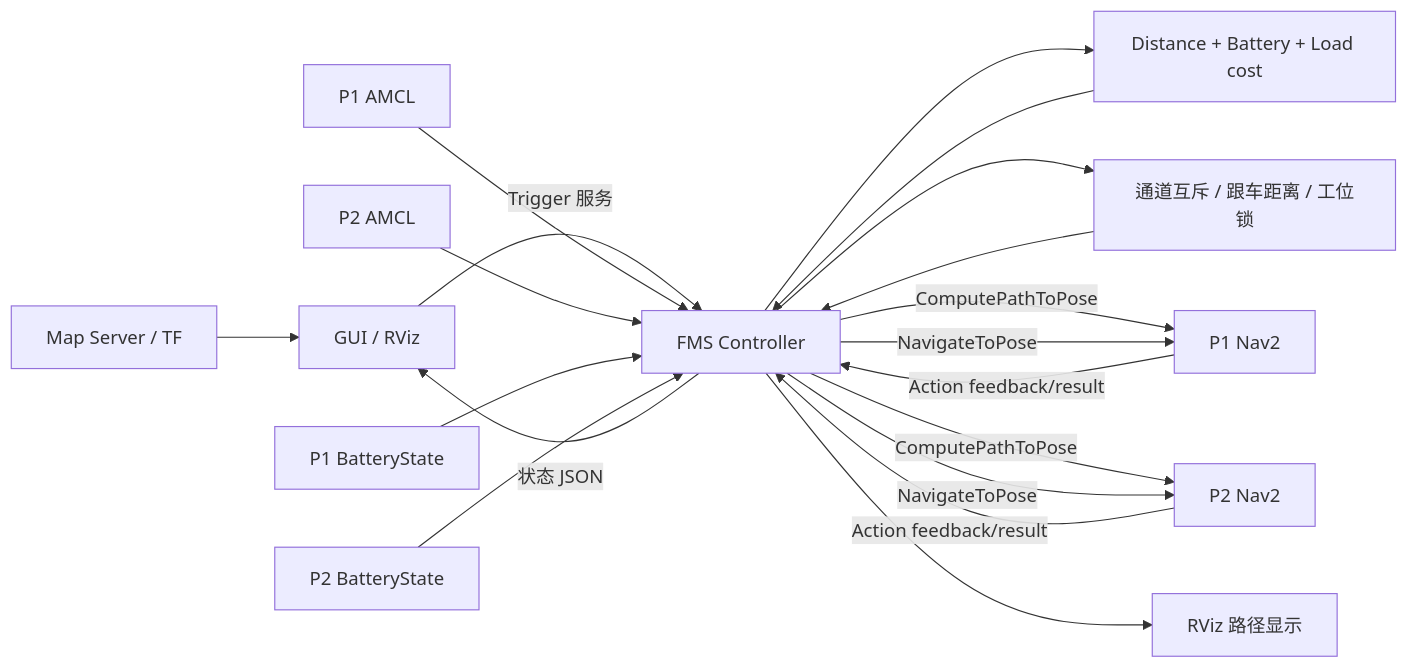
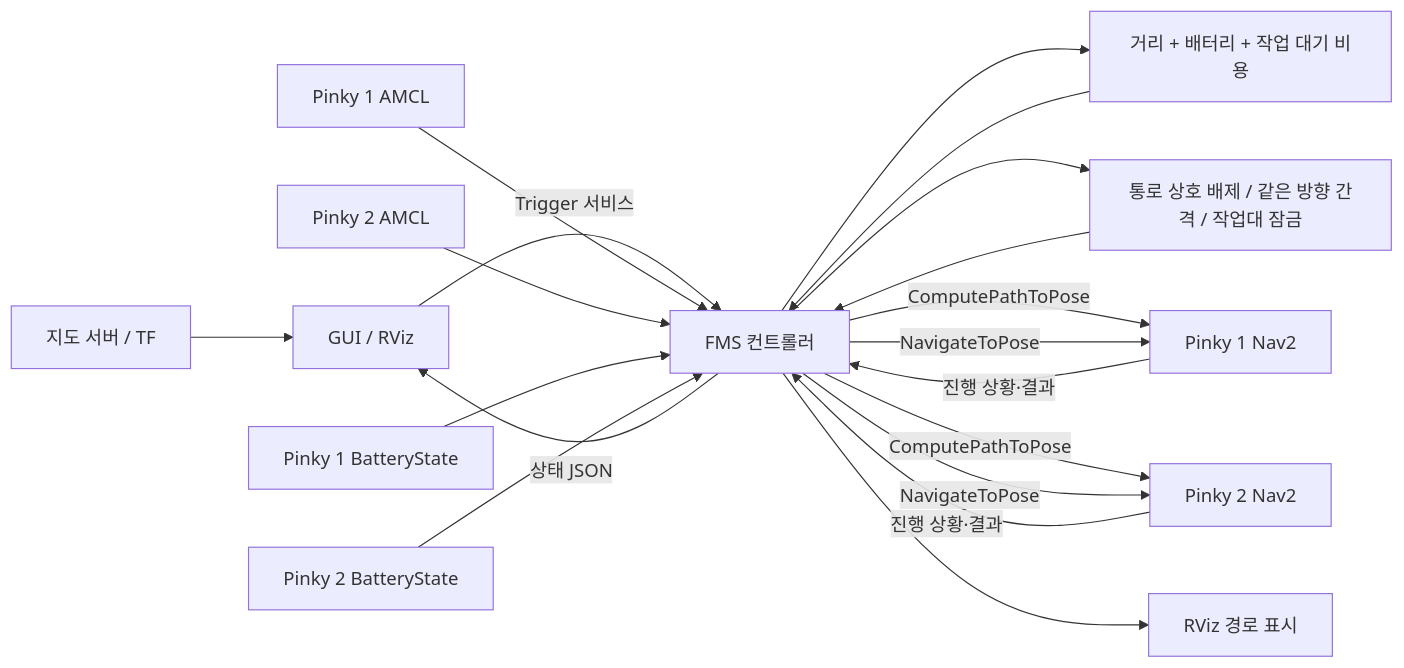
The diagram in docs/INTEGRATION_REPORT.md (brianpark1223/pinky_mini), drawn with Mermaid before and after one commit. The commit also changed other lines of this file and 1 other file, not shown here.

````diff
--- a/docs/INTEGRATION_REPORT.md
+++ b/docs/INTEGRATION_REPORT.md
@@ -5,21 +5,21 @@
 ```mermaid
 flowchart LR
-  GUI["GUI / RViz"] -->|Trigger 服务| FMS["FMS Controller"]
-  P1POSE["P1 AMCL"] --> FMS
-  P2POSE["P2 AMCL"] --> FMS
-  P1BAT["P1 BatteryState"] --> FMS
-  P2BAT["P2 BatteryState"] --> FMS
-  FMS --> COST["Distance + Battery + Load cost"]
+  GUI["GUI / RViz"] -->|Trigger 서비스| FMS["FMS 컨트롤러"]
+  P1POSE["Pinky 1 AMCL"] --> FMS
+  P2POSE["Pinky 2 AMCL"] --> FMS
+  P1BAT["Pinky 1 BatteryState"] --> FMS
+  P2BAT["Pinky 2 BatteryState"] --> FMS
+  FMS --> COST["거리 + 배터리 + 작업 대기 비용"]
   COST --> FMS
-  FMS --> TRAFFIC["通道互斥 / 跟车距离 / 工位锁"]
+  FMS --> TRAFFIC["통로 상호 배제 / 같은 방향 간격 / 작업대 잠금"]
   TRAFFIC --> FMS
-  FMS -->|ComputePathToPose| P1NAV["P1 Nav2"]
+  FMS -->|ComputePathToPose| P1NAV["Pinky 1 Nav2"]
   FMS -->|NavigateToPose| P1NAV
-  FMS -->|ComputePathToPose| P2NAV["P2 Nav2"]
+  FMS -->|ComputePathToPose| P2NAV["Pinky 2 Nav2"]
   FMS -->|NavigateToPose| P2NAV
-  FMS -->|状态 JSON| GUI
-  P1NAV -->|Action feedback/result| FMS
-  P2NAV -->|Action feedback/result| FMS
-  MAP["Map Server / TF"] --> GUI
-  FMS --> RVIZ["RViz 路径显示"]
+  FMS -->|상태 JSON| GUI
+  P1NAV -->|진행 상황·결과| FMS
+  P2NAV -->|진행 상황·결과| FMS
+  MAP["지도 서버 / TF"] --> GUI
+  FMS --> RVIZ["RViz 경로 표시"]
 ```
````
